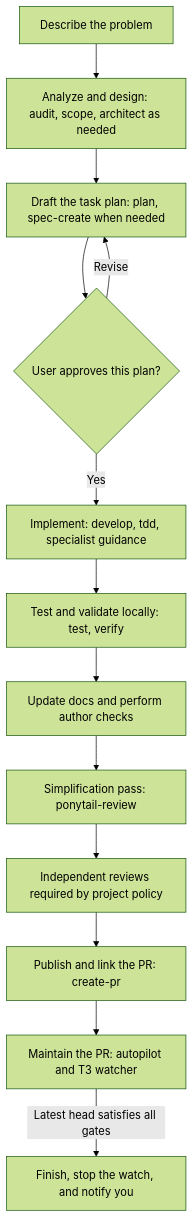
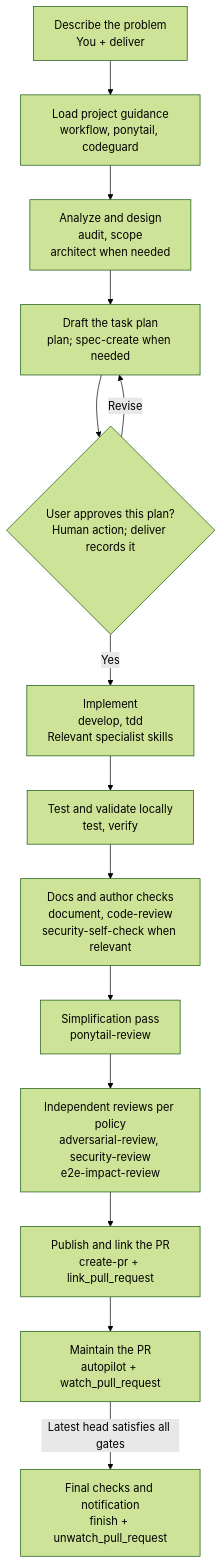
The first of 3 diagrams in README.md (Saty248/agent-workflows), drawn with Mermaid (forest theme) before and after one commit. The commit also changed other lines of this file, not shown here.

Commit message:
docs(readme): label workflow diagrams with skills and tools

````diff
--- a/README.md
+++ b/README.md
@@ -104,15 +106,16 @@
 ```mermaid
 flowchart TD
-    problem["Describe the problem"] --> analyze["Analyze and design: audit, scope, architect as needed"]
-    analyze --> plan["Draft the task plan: plan, spec-create when needed"]
-    plan --> approval{"User approves this plan?"}
+    problem["Describe the problem<br/>You + deliver"] --> context["Load project guidance<br/>workflow, ponytail, codeguard"]
+    context --> analyze["Analyze and design<br/>audit, scope<br/>architect when needed"]
+    analyze --> plan["Draft the task plan<br/>plan; spec-create when needed"]
+    plan --> approval{"User approves this plan?<br/>Human action; deliver records it"}
     approval -->|Revise| plan
-    approval -->|Yes| implement["Implement: develop, tdd, specialist guidance"]
-    implement --> validate["Test and validate locally: test, verify"]
-    validate --> docs["Update docs and perform author checks"]
-    docs --> simplify["Simplification pass: ponytail-review"]
-    simplify --> reviews["Independent reviews required by project policy"]
-    reviews --> publish["Publish and link the PR: create-pr"]
-    publish --> maintain["Maintain the PR: autopilot and T3 watcher"]
-    maintain -->|Latest head satisfies all gates| finish["Finish, stop the watch, and notify you"]
+    approval -->|Yes| implement["Implement<br/>develop, tdd<br/>Relevant specialist skills"]
+    implement --> validate["Test and validate locally<br/>test, verify"]
+    validate --> docs["Docs and author checks<br/>document, code-review<br/>security-self-check when relevant"]
+    docs --> simplify["Simplification pass<br/>ponytail-review"]
+    simplify --> reviews["Independent reviews per policy<br/>adversarial-review, security-review<br/>e2e-impact-review"]
+    reviews --> publish["Publish and link the PR<br/>create-pr + link_pull_request"]
+    publish --> maintain["Maintain the PR<br/>autopilot + watch_pull_request"]
+    maintain -->|Latest head satisfies all gates| finish["Final checks and notification<br/>finish + unwatch_pull_request"]
 ```
````
